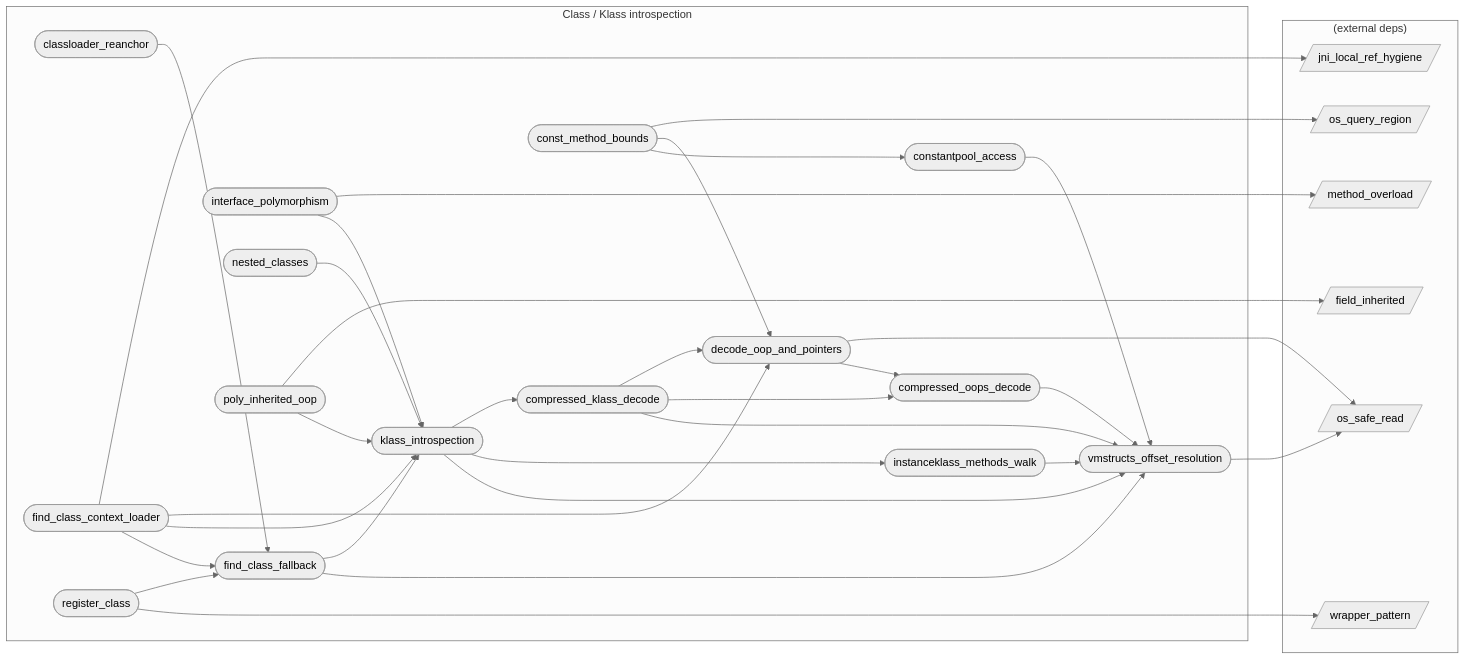
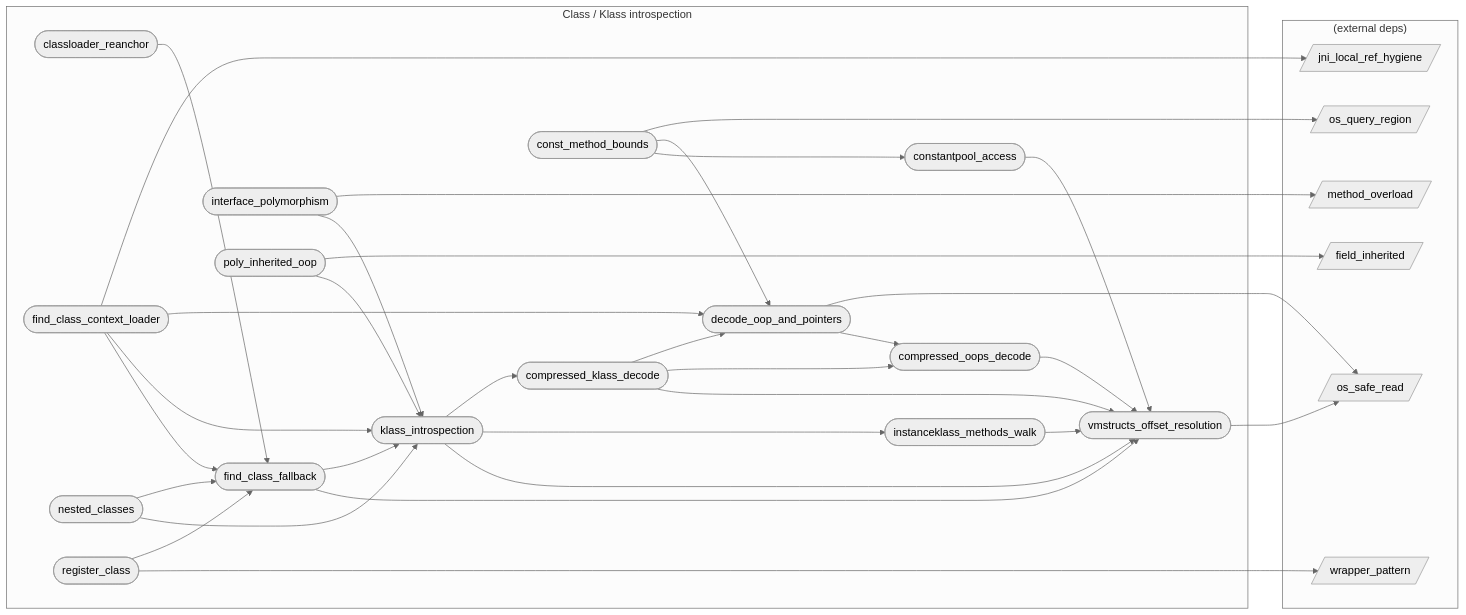
One commit to xxxnpno/VMHook changed the diagram in audit/graph/categories/klass.md. Above: the diagram before and after it, drawn with Mermaid (neutral theme). The commit also changed other lines of this file and 169 other files, not shown here.

````diff
--- a/audit/graph/categories/klass.md
+++ b/audit/graph/categories/klass.md
@@ -32,57 +32,58 @@
 ```mermaid
 flowchart LR
   subgraph klass["Class / Klass introspection"]
     classloader_reanchor([classloader_reanchor])
     compressed_klass_decode([compressed_klass_decode])
     compressed_oops_decode([compressed_oops_decode])
     const_method_bounds([const_method_bounds])
     constantpool_access([constantpool_access])
     decode_oop_and_pointers([decode_oop_and_pointers])
     find_class_context_loader([find_class_context_loader])
     find_class_fallback([find_class_fallback])
     instanceklass_methods_walk([instanceklass_methods_walk])
     interface_polymorphism([interface_polymorphism])
     klass_introspection([klass_introspection])
     nested_classes([nested_classes])
     poly_inherited_oop([poly_inherited_oop])
     register_class([register_class])
     vmstructs_offset_resolution([vmstructs_offset_resolution])
   end
   subgraph external["(external deps)"]
     field_inherited[/field_inherited/]
     jni_local_ref_hygiene[/jni_local_ref_hygiene/]
     method_overload[/method_overload/]
     os_query_region[/os_query_region/]
     os_safe_read[/os_safe_read/]
     wrapper_pattern[/wrapper_pattern/]
   end
   classloader_reanchor --> find_class_fallback
   compressed_klass_decode --> vmstructs_offset_resolution
   compressed_klass_decode --> compressed_oops_decode
   compressed_klass_decode --> decode_oop_and_pointers
   compressed_oops_decode --> vmstructs_offset_resolution
   const_method_bounds --> constantpool_access
   const_method_bounds --> decode_oop_and_pointers
   const_method_bounds --> os_query_region
   constantpool_access --> vmstructs_offset_resolution
   decode_oop_and_pointers --> compressed_oops_decode
   decode_oop_and_pointers --> os_safe_read
   find_class_context_loader --> find_class_fallback
   find_class_context_loader --> klass_introspection
   find_class_context_loader --> decode_oop_and_pointers
   find_class_context_loader --> jni_local_ref_hygiene
   find_class_fallback --> vmstructs_offset_resolution
   find_class_fallback --> klass_introspection
   instanceklass_methods_walk --> vmstructs_offset_resolution
   interface_polymorphism --> klass_introspection
   interface_polymorphism --> method_overload
   klass_introspection --> vmstructs_offset_resolution
   klass_introspection --> instanceklass_methods_walk
   klass_introspection --> compressed_klass_decode
   nested_classes --> klass_introspection
+  nested_classes --> find_class_fallback
   poly_inherited_oop --> klass_introspection
   poly_inherited_oop --> field_inherited
   register_class --> wrapper_pattern
   register_class --> find_class_fallback
   vmstructs_offset_resolution --> os_safe_read
 ```
````
